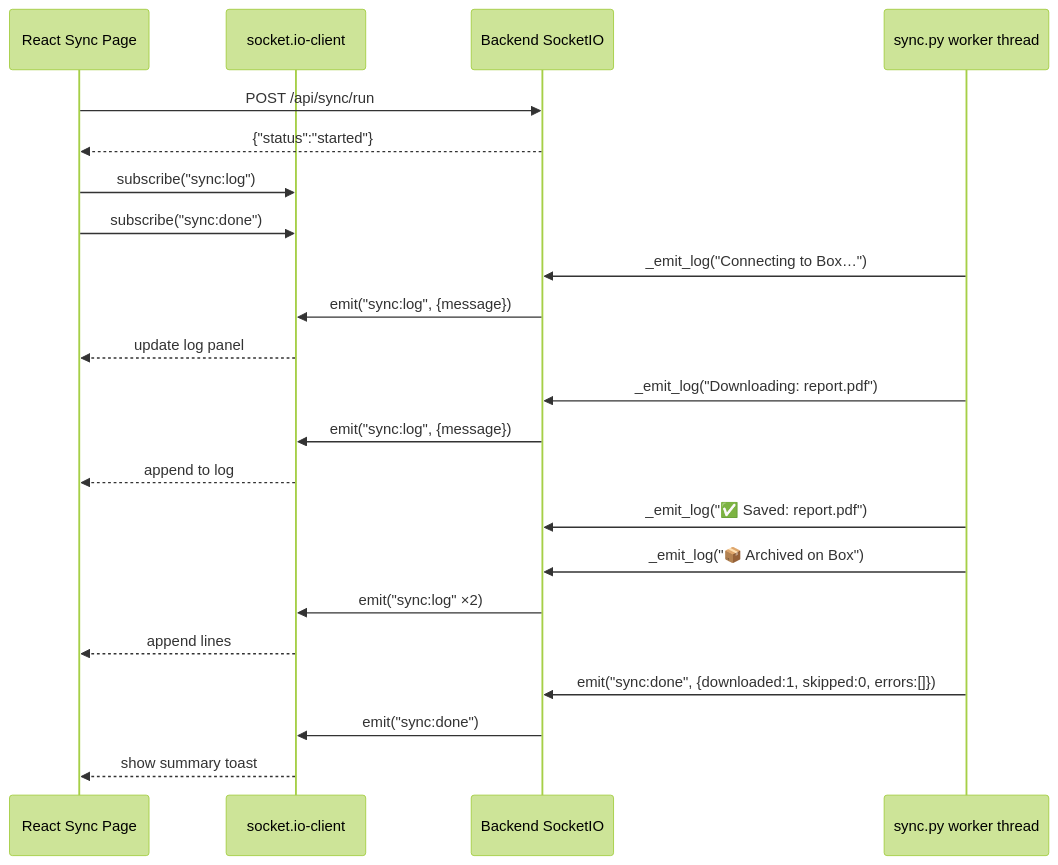
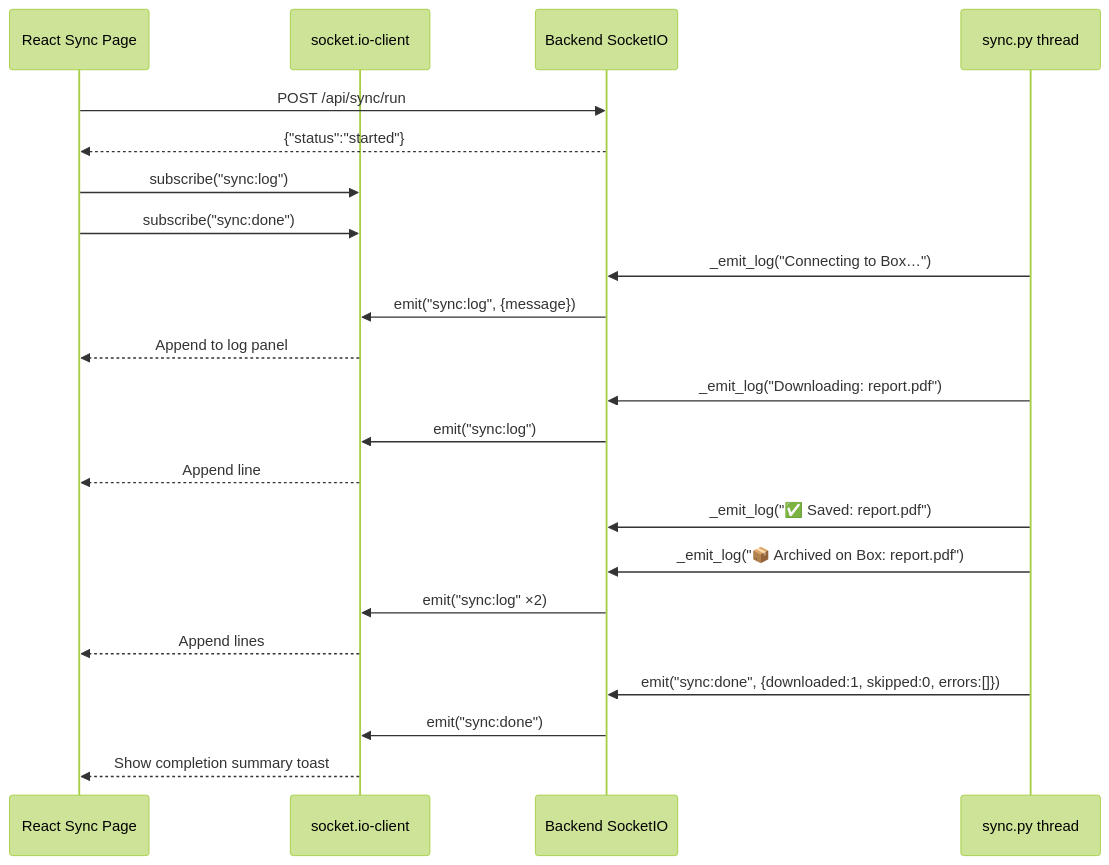
Before and after one commit to HackToTheFuture-WatsonX/WatsonX: the fourth of 9 diagrams in docs/pdf-extractor-v3/process-flows.md, drawn with Mermaid (forest theme). The commit also changed other lines of this file and 9 other files, not shown here.

````diff
--- a/docs/pdf-extractor-v3/process-flows.md
+++ b/docs/pdf-extractor-v3/process-flows.md
@@ -109,29 +110,29 @@
 ```mermaid
 sequenceDiagram
     participant UI as React Sync Page
     participant SIO as socket.io-client
     participant Server as Backend SocketIO
-    participant Sync as sync.py worker thread
+    participant Worker as sync.py thread
 
     UI->>Server: POST /api/sync/run
     Server-->>UI: {"status":"started"}
     UI->>SIO: subscribe("sync:log")
     UI->>SIO: subscribe("sync:done")
 
-    Sync->>Server: _emit_log("Connecting to Box…")
+    Worker->>Server: _emit_log("Connecting to Box…")
     Server->>SIO: emit("sync:log", {message})
-    SIO-->>UI: update log panel
+    SIO-->>UI: Append to log panel
 
-    Sync->>Server: _emit_log("Downloading: report.pdf")
-    Server->>SIO: emit("sync:log", {message})
-    SIO-->>UI: append to log
+    Worker->>Server: _emit_log("Downloading: report.pdf")
+    Server->>SIO: emit("sync:log")
+    SIO-->>UI: Append line
 
-    Sync->>Server: _emit_log("✅ Saved: report.pdf")
-    Sync->>Server: _emit_log("📦 Archived on Box")
+    Worker->>Server: _emit_log("✅ Saved: report.pdf")
+    Worker->>Server: _emit_log("📦 Archived on Box: report.pdf")
     Server->>SIO: emit("sync:log" ×2)
-    SIO-->>UI: append lines
+    SIO-->>UI: Append lines
 
-    Sync->>Server: emit("sync:done", {downloaded:1, skipped:0, errors:[]})
+    Worker->>Server: emit("sync:done", {downloaded:1, skipped:0, errors:[]})
     Server->>SIO: emit("sync:done")
-    SIO-->>UI: show summary toast
+    SIO-->>UI: Show completion summary toast
 ```
````
